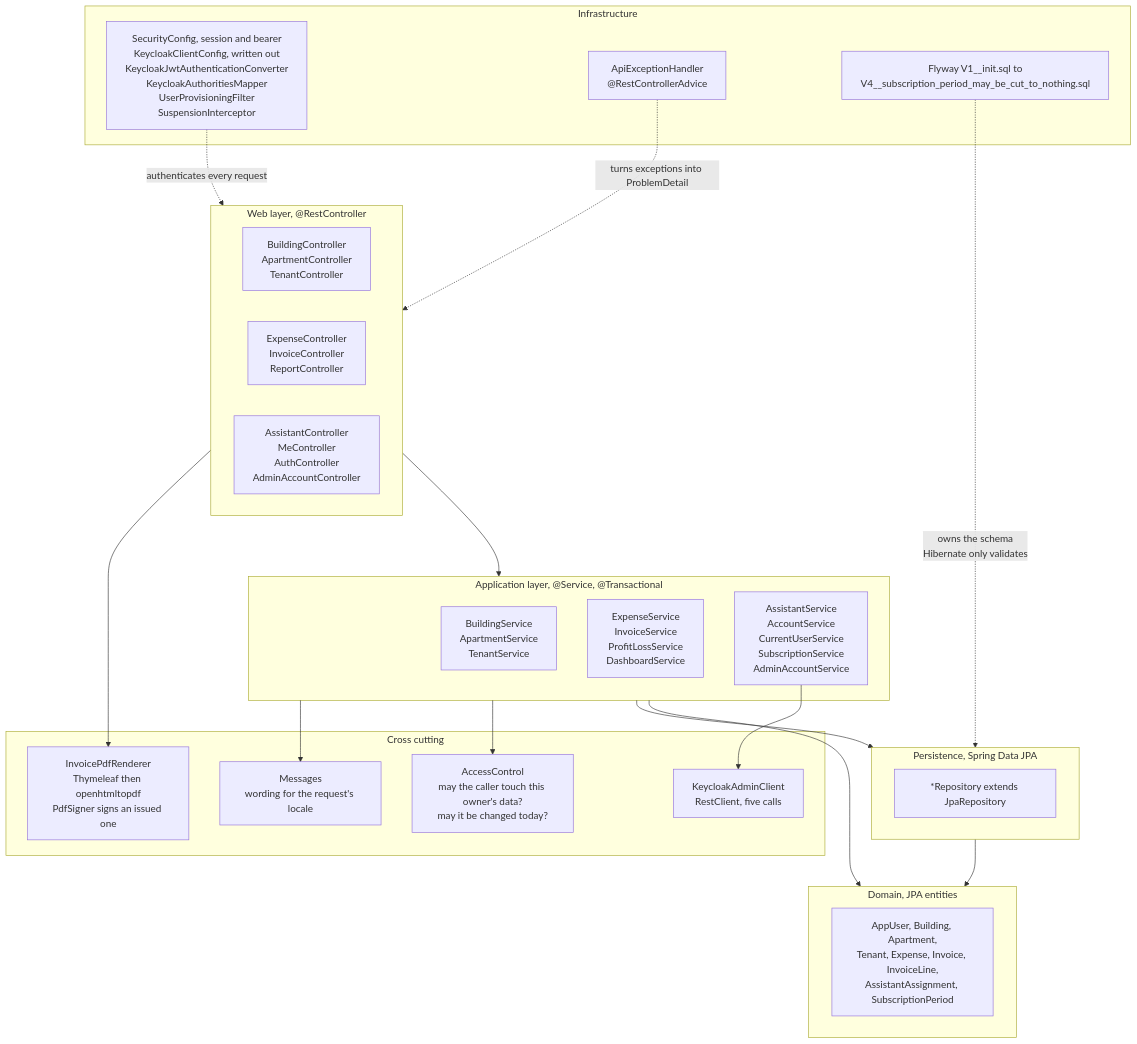
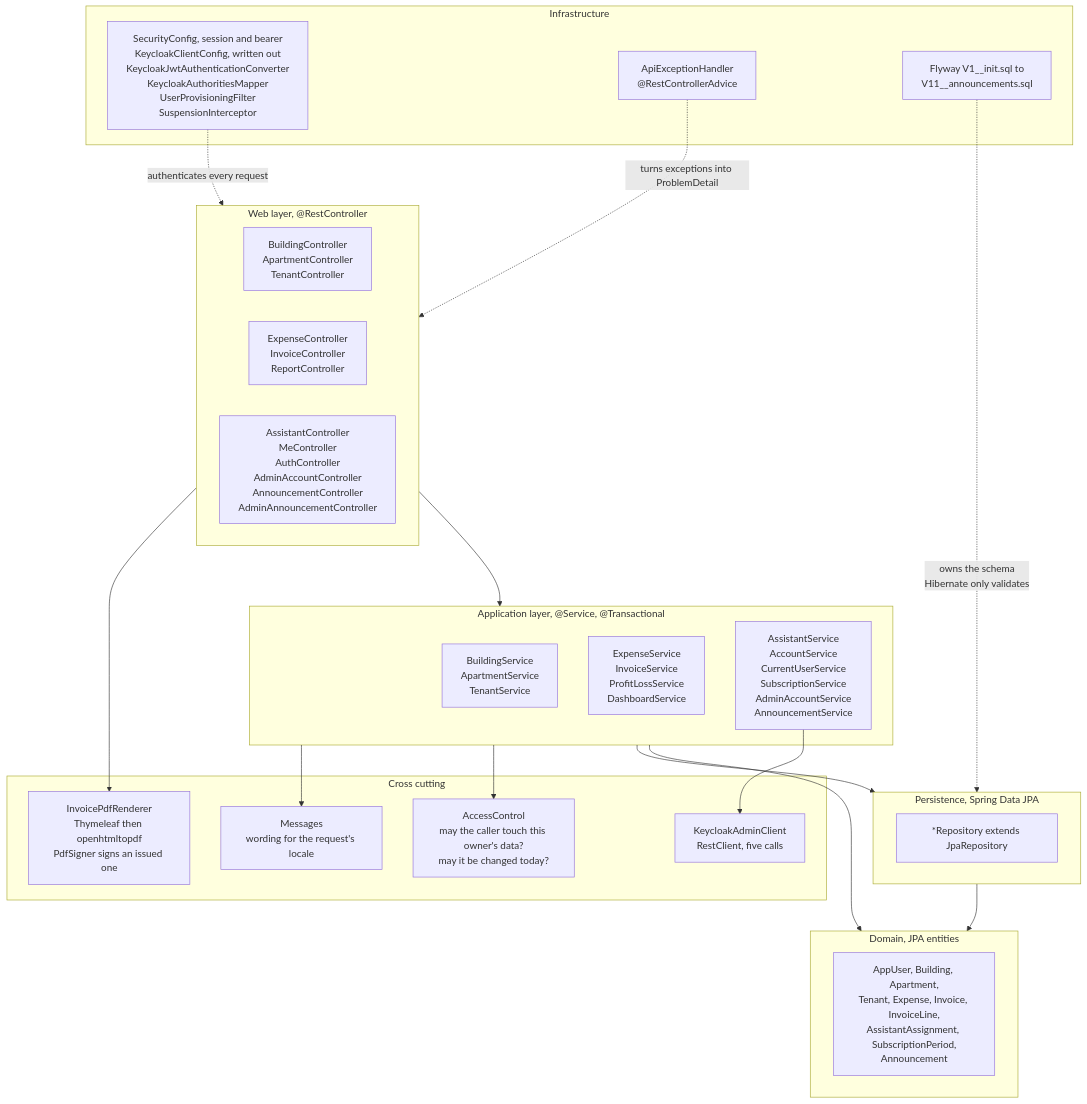
The third of 20 diagrams in docs/ARCHITECTURE_DIAGRAMS.md (stephane-nganou/building-management-systems), drawn with Mermaid before and after one commit. The commit also changed other lines of this file and 37 other files, not shown here.

````diff
--- a/docs/ARCHITECTURE_DIAGRAMS.md
+++ b/docs/ARCHITECTURE_DIAGRAMS.md
@@ -138,47 +138,47 @@
 ```mermaid
 flowchart TB
     subgraph web["Web layer, @RestController"]
         c1["BuildingController<br/>ApartmentController<br/>TenantController"]
         c2["ExpenseController<br/>InvoiceController<br/>ReportController"]
-        c3["AssistantController<br/>MeController<br/>AuthController<br/>AdminAccountController"]
+        c3["AssistantController<br/>MeController<br/>AuthController<br/>AdminAccountController<br/>AnnouncementController<br/>AdminAnnouncementController"]
     end
 
     subgraph app["Application layer, @Service, @Transactional"]
         s1["BuildingService<br/>ApartmentService<br/>TenantService"]
         s2["ExpenseService<br/>InvoiceService<br/>ProfitLossService<br/>DashboardService"]
-        s3["AssistantService<br/>AccountService<br/>CurrentUserService<br/>SubscriptionService<br/>AdminAccountService"]
+        s3["AssistantService<br/>AccountService<br/>CurrentUserService<br/>SubscriptionService<br/>AdminAccountService<br/>AnnouncementService"]
     end
 
     subgraph domain["Domain, JPA entities"]
-        d1["AppUser, Building, Apartment,<br/>Tenant, Expense, Invoice, InvoiceLine,<br/>AssistantAssignment, SubscriptionPeriod"]
+        d1["AppUser, Building, Apartment,<br/>Tenant, Expense, Invoice, InvoiceLine,<br/>AssistantAssignment, SubscriptionPeriod,<br/>Announcement"]
     end
 
     subgraph data["Persistence, Spring Data JPA"]
         r1["*Repository extends JpaRepository"]
     end
 
     subgraph cross["Cross cutting"]
         ac["AccessControl<br/>may the caller touch this owner's data?<br/>may it be changed today?"]
         msg["Messages<br/>wording for the request's locale"]
         pdf["InvoicePdfRenderer<br/>Thymeleaf then openhtmltopdf<br/>PdfSigner signs an issued one"]
         kcc["KeycloakAdminClient<br/>RestClient, five calls"]
     end
 
     subgraph infra["Infrastructure"]
         sec["SecurityConfig, session and bearer<br/>KeycloakClientConfig, written out<br/>KeycloakJwtAuthenticationConverter<br/>KeycloakAuthoritiesMapper<br/>UserProvisioningFilter<br/>SuspensionInterceptor"]
         exh["ApiExceptionHandler<br/>@RestControllerAdvice"]
-        fly["Flyway V1__init.sql to<br/>V4__subscription_period_may_be_cut_to_nothing.sql"]
+        fly["Flyway V1__init.sql to<br/>V11__announcements.sql"]
     end
 
     web --> app
     app --> domain
     app --> data
     data --> domain
     app --> ac
     app --> msg
     web --> pdf
     s3 --> kcc
     sec -.->|"authenticates every request"| web
     exh -.->|"turns exceptions into ProblemDetail"| web
     fly -.->|"owns the schema<br/>Hibernate only validates"| data
 ```
````
